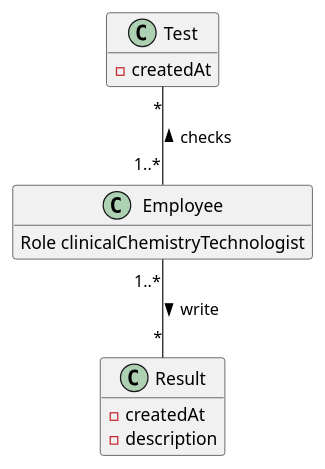
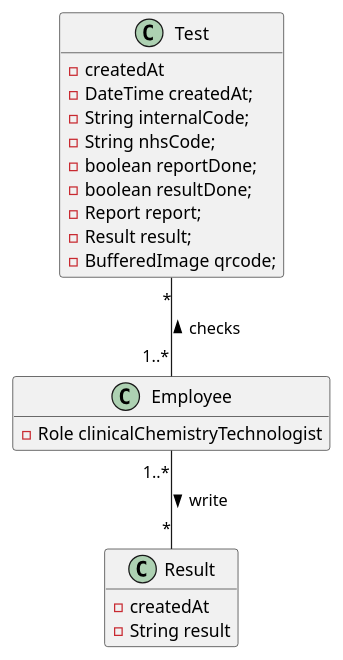
One commit to GuilhermeCunha79/lapr2 changed the diagram in docs/SprintC/US12/UC12_MD.puml. Above: the diagram before and after it, drawn with PlantUML. The commit also changed 10 other files, not shown here.

```diff
--- a/docs/SprintC/US12/UC12_MD.puml
+++ b/docs/SprintC/US12/UC12_MD.puml
@@ -1,22 +1,29 @@
 @startuml
 
 hide methods
 
 class Employee {
-    Role clinicalChemistryTechnologist
+    - Role clinicalChemistryTechnologist
 }
 
 class Test {
-    -createdAt
+    - createdAt
+    - DateTime createdAt;
+    - String internalCode;
+    - String nhsCode;
+    - boolean reportDone;
+    - boolean resultDone;
+    - Report report;
+    - Result result;
+    - BufferedImage qrcode;
 }
 
 class Result {
     -createdAt
-    -description
+    -String result
 }
 
 Employee"1..*" -- "*"Result : "> write"
 Employee"1..*" -up- "*"Test : "> checks"
 
-
 @enduml
```
